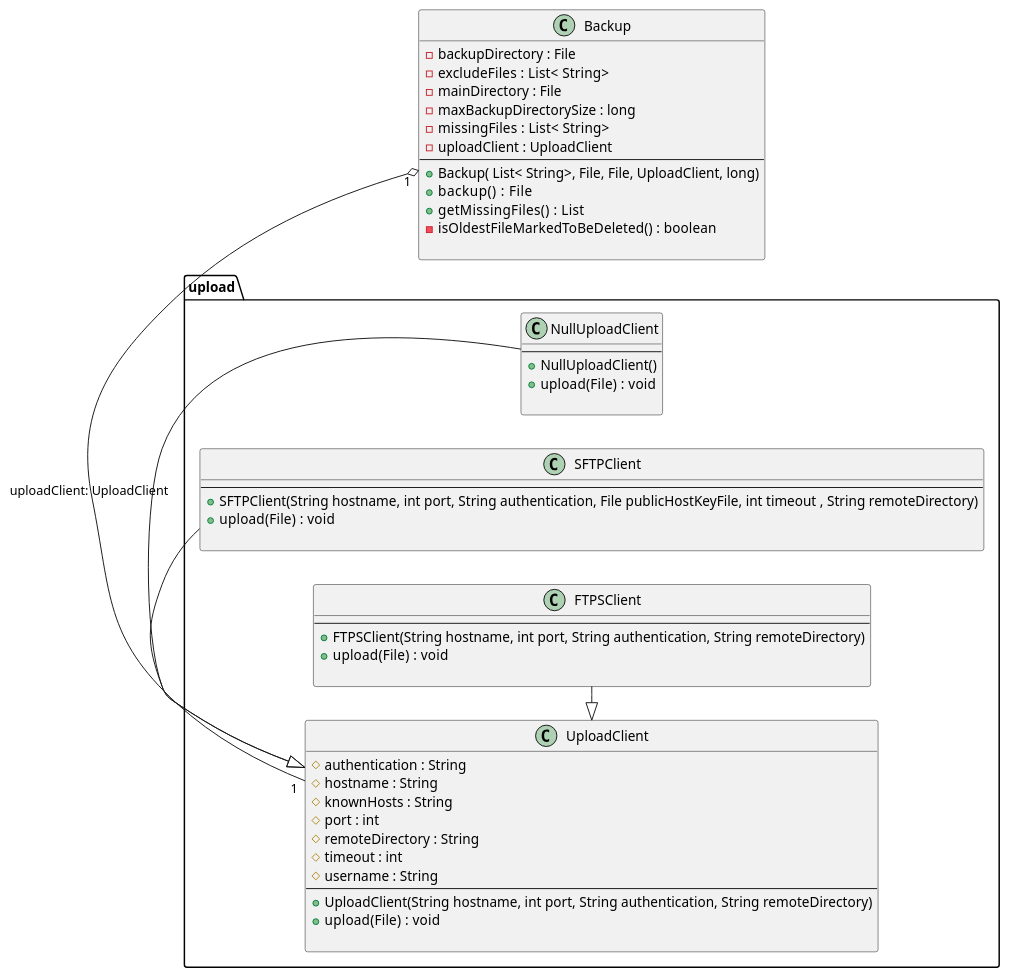
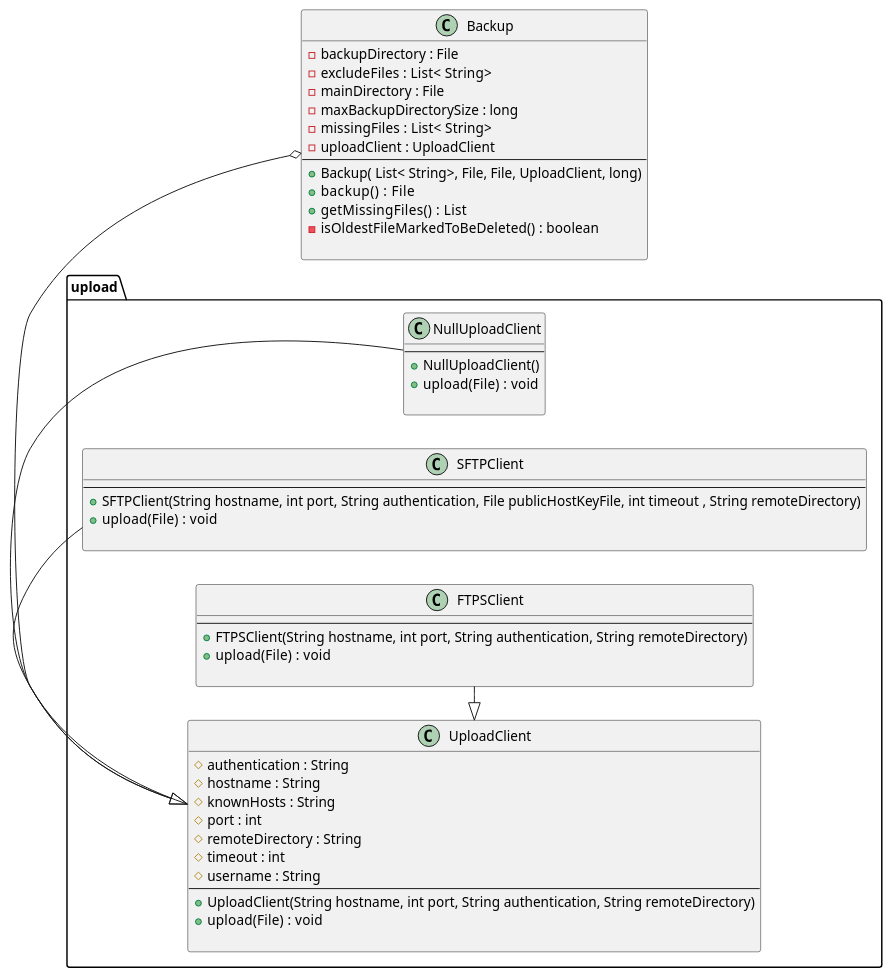
Before and after one commit to KastenKlicker/SecureServerBackupLibrary: the diagram in doc/Backup.puml, drawn with PlantUML.

Commit message:
Update PlantUml Diagram

```diff
--- a/doc/Backup.puml
+++ b/doc/Backup.puml
@@ -1,58 +1,58 @@
 @startuml
 left to right direction
 
-class .upload.FTPSClient {
+class upload.FTPSClient {
 --
 +   FTPSClient(String hostname, int port, String authentication, String remoteDirectory) 
 +  upload(File)  : void
 
 }
 class upload.UploadClient {
 #  authentication : String
 #  hostname : String
 #  knownHosts : String
 #  port : int
 #  remoteDirectory : String
 #  timeout : int
 #  username : String
 --
 +   UploadClient(String hostname, int port, String authentication, String remoteDirectory)
 +  upload(File)  : void
 
 }
 
-class .upload.NullUploadClient {
+class upload.NullUploadClient {
 --
 +   NullUploadClient() 
 +  upload(File)  : void
 
 }
 class Backup {
 -  backupDirectory : File
 -  excludeFiles :  List< String>
 -  mainDirectory : File
 -  maxBackupDirectorySize : long
 -  missingFiles :  List< String>
 -  uploadClient : UploadClient
 --
 +   Backup( List< String>, File, File, UploadClient, long) 
 +  backup()  :  File
 +  getMissingFiles()  :  List
 -  isOldestFileMarkedToBeDeleted()  : boolean
 
 }
 class upload.SFTPClient {
 --
 +   SFTPClient(String hostname, int port, String authentication, File publicHostKeyFile, int timeout , String remoteDirectory)
 +  upload(File)  : void
 
 }
 
 ' Relations 
-.Backup "1"  o-left-  "1" .upload.UploadClient  : uploadClient: UploadClient
-.upload.NullUploadClient  -up|>  .upload.UploadClient
-.upload.SFTPClient  -up|>  .upload.UploadClient
-.upload.FTPSClient  -up|>  .upload.UploadClient
+Backup o-left- upload.UploadClient
+upload.NullUploadClient  -up|>  upload.UploadClient
+upload.SFTPClient  -up|>  upload.UploadClient
+upload.FTPSClient  -up|> .upload.UploadClient
 
 
 @enduml
```
